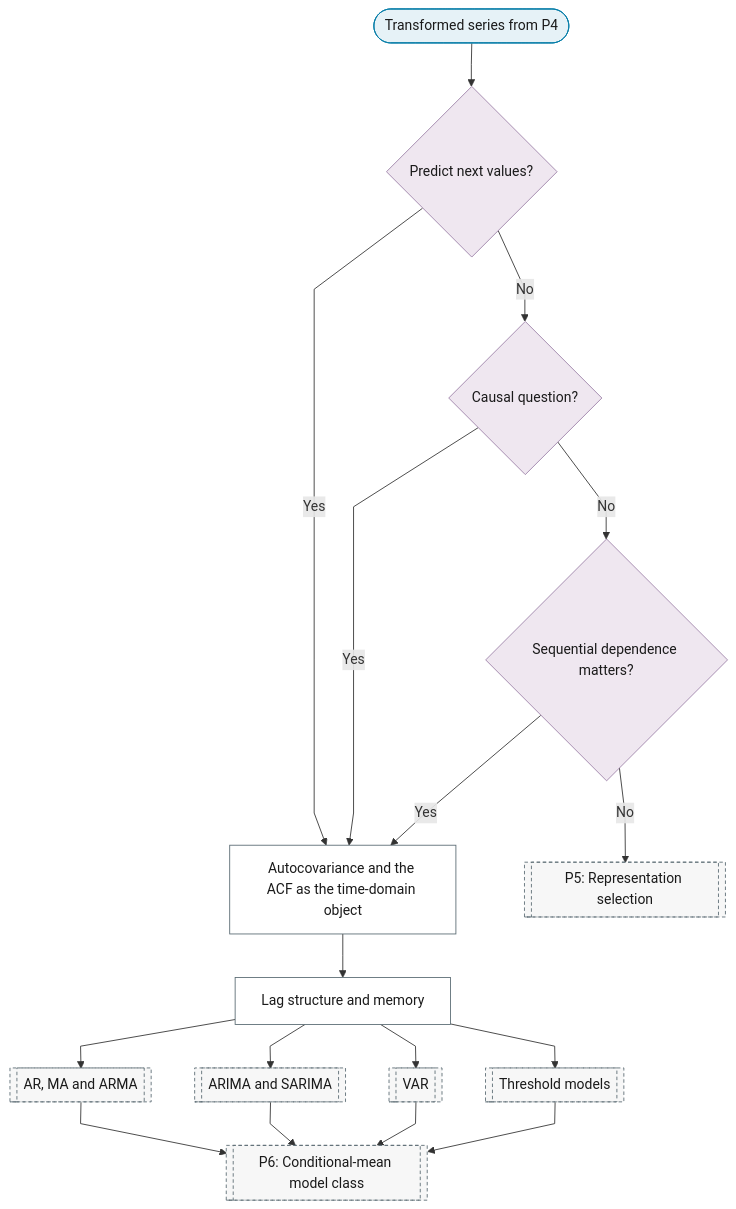
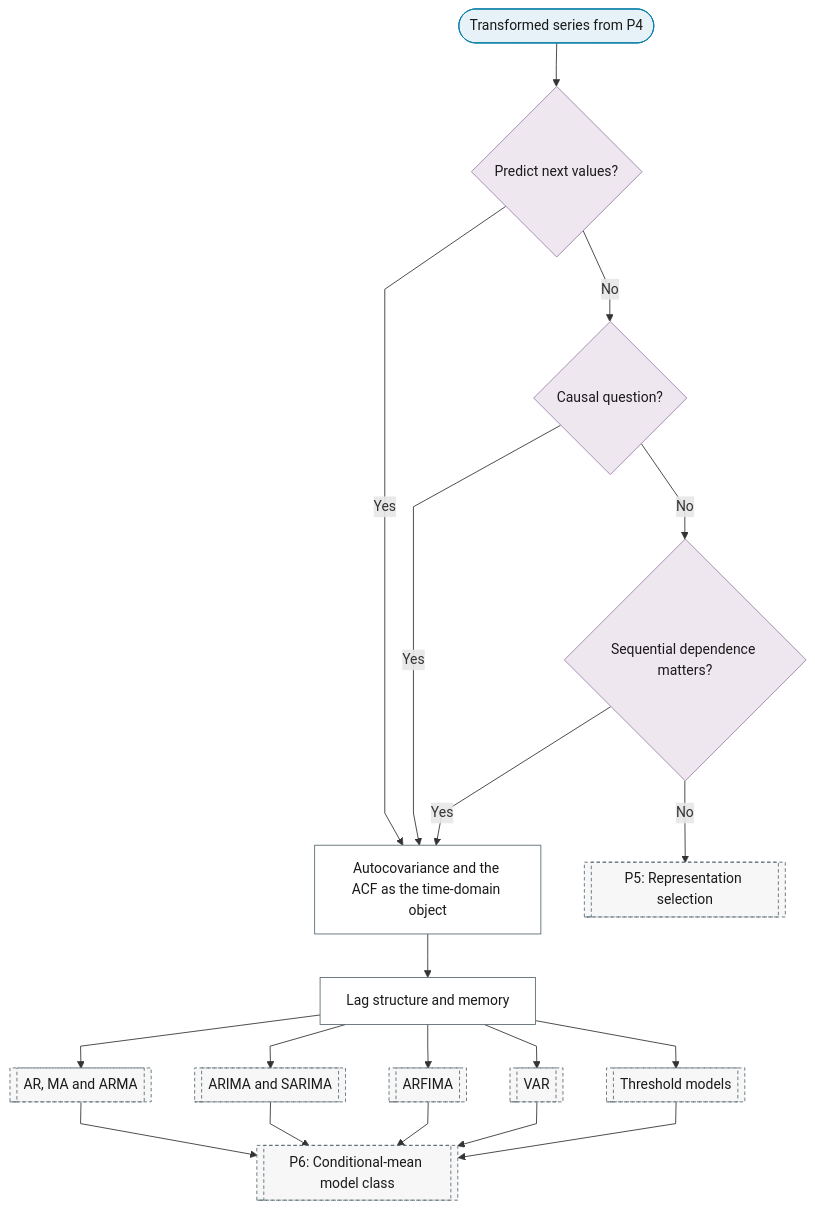
The diagram in docs/01-workflow/p05-representation/01-time-domain.md (Shuxin-Y/time-series-analysis-manual), drawn with Mermaid before and after one commit. The commit also changed 8 other files, not shown here.

First line of the commit message:
feat(p5): sampling gate and signal-criteria representation charts

````diff
--- a/docs/01-workflow/p05-representation/01-time-domain.md
+++ b/docs/01-workflow/p05-representation/01-time-domain.md
@@ -7,29 +7,30 @@
 ```mermaid
 %%{init: {"flowchart": {"curve": "linear"}}}%%
 graph TD
     P5_TD_IN(["Transformed series from P4"]) --> P5_TD_PREDICT{"Predict next values?"}
     P5_TD_PREDICT -->|"Yes"| P5_TD_AUTOCOVARIANCE["Autocovariance and the ACF as the time-domain object"]
     P5_TD_PREDICT -->|"No"| P5_TD_CAUSAL{"Causal question?"}
     P5_TD_CAUSAL -->|"Yes"| P5_TD_AUTOCOVARIANCE
     P5_TD_CAUSAL -->|"No"| P5_TD_SEQUENTIAL{"Sequential dependence matters?"}
     P5_TD_SEQUENTIAL -->|"Yes"| P5_TD_AUTOCOVARIANCE
     P5_TD_SEQUENTIAL -->|"No"| P5[["P5: Representation selection"]]
     P5_TD_AUTOCOVARIANCE --> P5_TD_LAG_STRUCTURE["Lag structure and memory"]
     P5_TD_LAG_STRUCTURE --> P6_AR_MA_ARMA[["AR, MA and ARMA"]]
     P5_TD_LAG_STRUCTURE --> P6_ARIMA_SARIMA[["ARIMA and SARIMA"]]
+    P5_TD_LAG_STRUCTURE --> P6_ARFIMA[["ARFIMA"]]
     P5_TD_LAG_STRUCTURE --> P6_VAR[["VAR"]]
     P5_TD_LAG_STRUCTURE --> P6_THRESHOLD[["Threshold models"]]
-    P6_AR_MA_ARMA & P6_ARIMA_SARIMA & P6_VAR & P6_THRESHOLD --> P6[["P6: Conditional-mean model class"]]
+    P6_AR_MA_ARMA & P6_ARIMA_SARIMA & P6_ARFIMA & P6_VAR & P6_THRESHOLD --> P6[["P6: Conditional-mean model class"]]
     class P5_TD_IN terminator
     class P5_TD_PREDICT,P5_TD_CAUSAL,P5_TD_SEQUENTIAL decision
     class P5_TD_AUTOCOVARIANCE,P5_TD_LAG_STRUCTURE process
-    class P5,P6_AR_MA_ARMA,P6_ARIMA_SARIMA,P6_VAR,P6_THRESHOLD,P6 ref
+    class P5,P6_AR_MA_ARMA,P6_ARIMA_SARIMA,P6_ARFIMA,P6_VAR,P6_THRESHOLD,P6 ref
     classDef terminator fill:#E6F2F7,stroke:#007BA7,color:#1A1A1A;
     classDef process fill:#FFFFFF,stroke:#5A6B73,color:#1A1A1A;
     classDef decision fill:#EFE7F0,stroke:#9B7FA7,color:#1A1A1A;
     classDef data fill:#FFF4E0,stroke:#C9A55E,color:#1A1A1A;
     classDef good fill:#DCEFD8,stroke:#4A7A3F,color:#1A1A1A;
     classDef escalate fill:#FFE9C2,stroke:#C9A55E,color:#1A1A1A;
     classDef problem fill:#F2D9DE,stroke:#800020,color:#1A1A1A;
     classDef ref fill:#F7F7F7,stroke:#5A6B73,color:#1A1A1A,stroke-dasharray:4 3;
 ```
````
